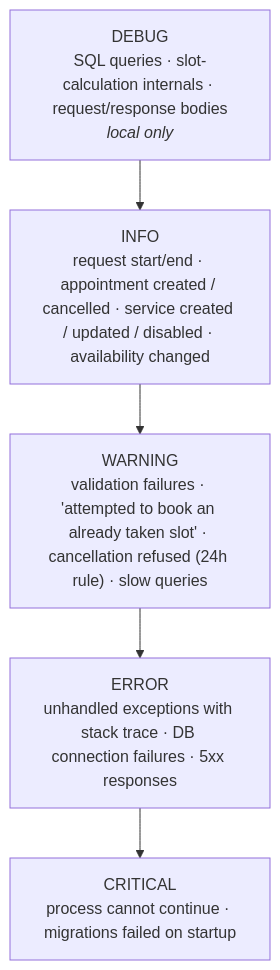
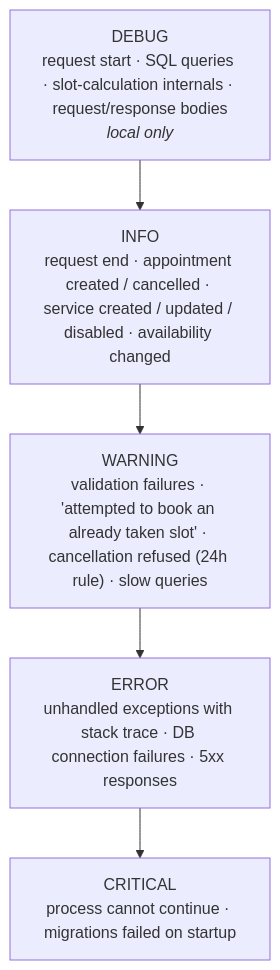
Before and after one commit to hthr240/tzamot: the diagram in docs/development/logging.md, drawn with Mermaid. The commit also changed other lines of this file and 7 other files, not shown here.

````diff
--- a/docs/development/logging.md
+++ b/docs/development/logging.md
@@ -29,9 +57,9 @@
 ```mermaid
 flowchart TB
-    D["DEBUG<br/>SQL queries · slot-calculation internals · request/response bodies<br/><i>local only</i>"]
-    I["INFO<br/>request start/end · appointment created / cancelled · service created / updated / disabled · availability changed"]
+    D["DEBUG<br/>request start · SQL queries · slot-calculation internals · request/response bodies<br/><i>local only</i>"]
+    I["INFO<br/>request end · appointment created / cancelled · service created / updated / disabled · availability changed"]
     W["WARNING<br/>validation failures · 'attempted to book an already taken slot' · cancellation refused (24h rule) · slow queries"]
     E["ERROR<br/>unhandled exceptions with stack trace · DB connection failures · 5xx responses"]
     C["CRITICAL<br/>process cannot continue · migrations failed on startup"]
     D --> I --> W --> E --> C
 ```
````
